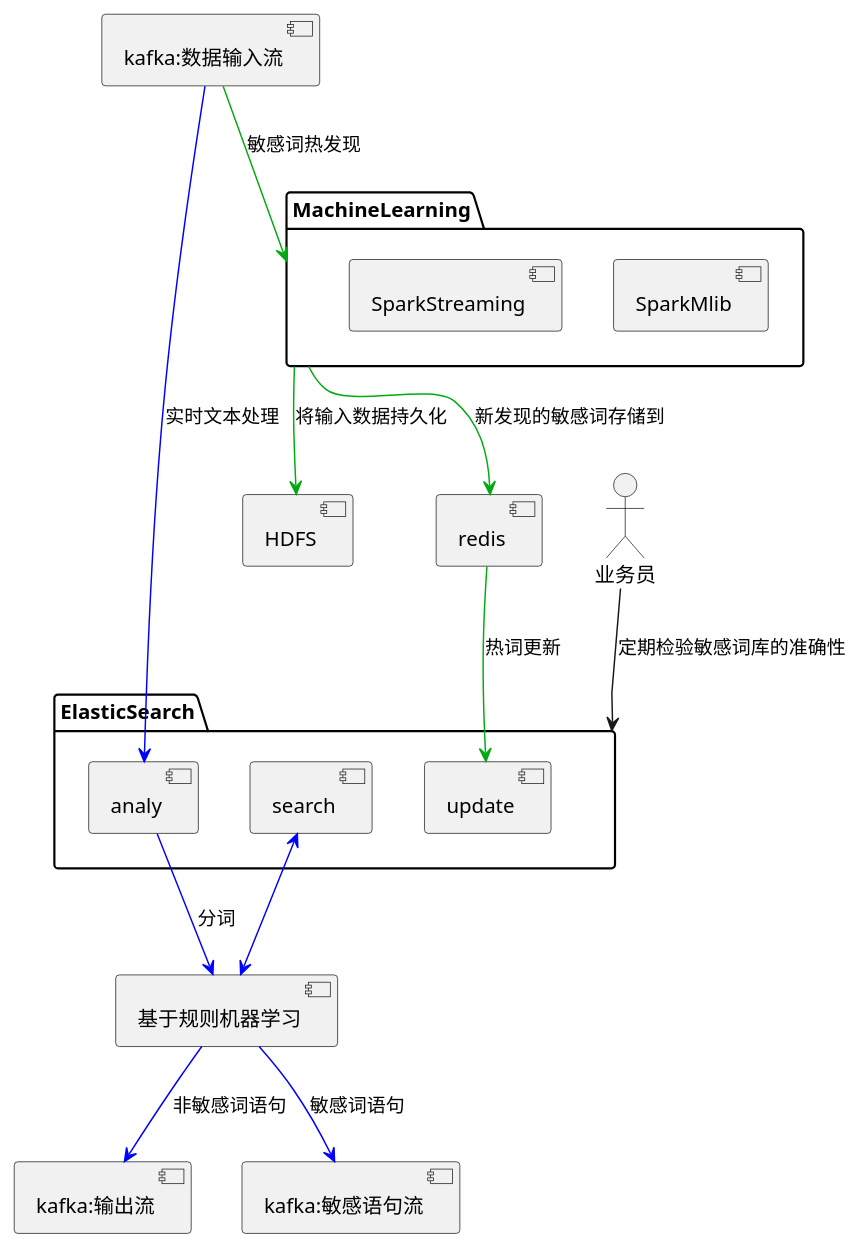
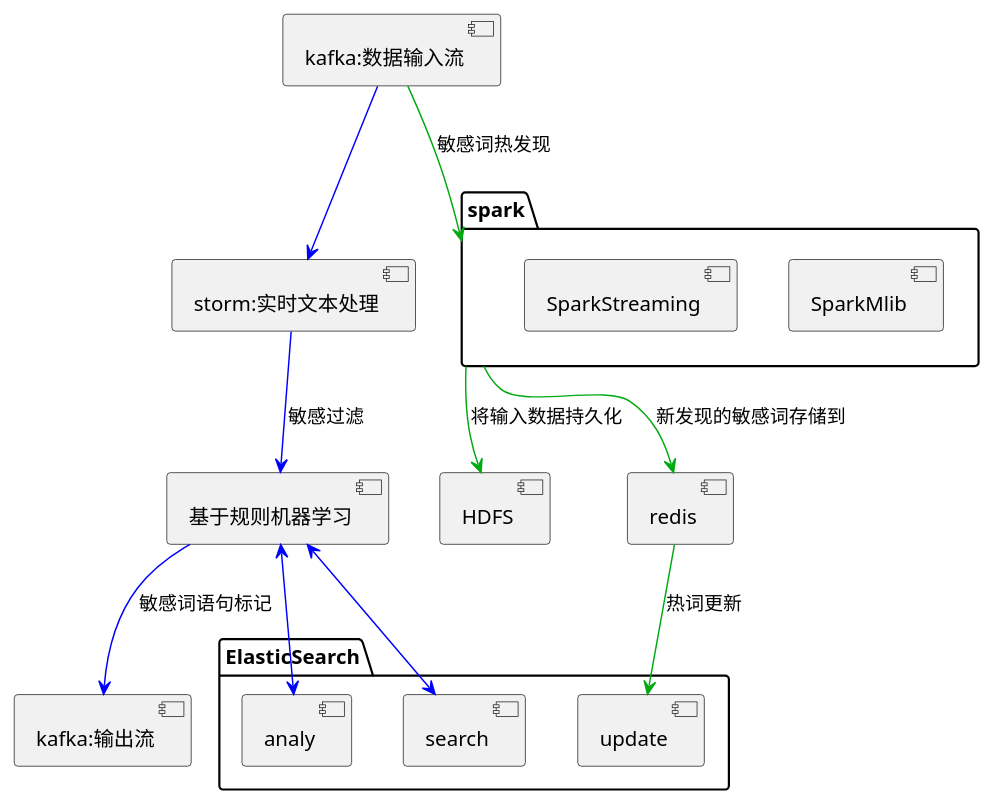
The second of 6 diagrams in doc/Framework.puml (bzvs1992/SensitiveWordFilter), drawn with PlantUML before and after one commit. The commit also changed other lines of this file and 2 other files, not shown here.

```diff
--- a/doc/Framework.puml
+++ b/doc/Framework.puml
@@ -29,31 +29,29 @@
 @startuml
 
 [基于规则机器学习]
 [HDFS]
-:业务员:
 
 package "ElasticSearch" {
 [update]
 [analy]
 [search]
 }
-package "MachineLearning" {
+package "spark" {
 [SparkMlib]
 [SparkStreaming]
 }
-[kafka:数据输入流] -[#00AA11]-> MachineLearning :敏感词热发现
-MachineLearning -[#00AA11]-> [redis] : 新发现的敏感词存储到
+[kafka:数据输入流] -[#00AA11]-> spark :敏感词热发现
+spark -[#00AA11]-> [redis] : 新发现的敏感词存储到
 [redis] -[#00AA11]-> [update] : 热词更新
-MachineLearning -[#00AA11]-> [HDFS] : 将输入数据持久化
-
-:业务员: --> ElasticSearch :定期检验敏感词库的准确性
+spark -[#00AA11]-> [HDFS] : 将输入数据持久化
 
 
-[kafka:数据输入流] -[#0000FF]> analy : 实时文本处理
- analy -[#0000FF]->  基于规则机器学习 : 分词
+
+[kafka:数据输入流] -[#0000FF]> [storm:实时文本处理]
+ [storm:实时文本处理] -[#0000FF]->  基于规则机器学习 : 敏感过滤
  基于规则机器学习 <-[#0000FF]-> [search]
- 基于规则机器学习  -[#0000FF]-> [kafka:输出流] : 非敏感词语句
- 基于规则机器学习  -[#0000FF]-> [kafka:敏感语句流]: 敏感词语句
+  基于规则机器学习 <-[#0000FF]-> [analy]
+ 基于规则机器学习  -[#0000FF]-> [kafka:输出流] : 敏感词语句标记
 
 
 @enduml
```
